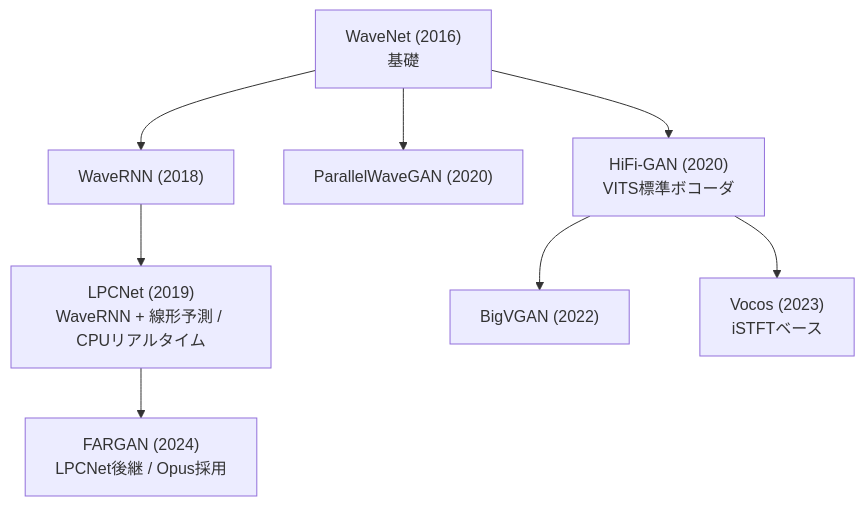
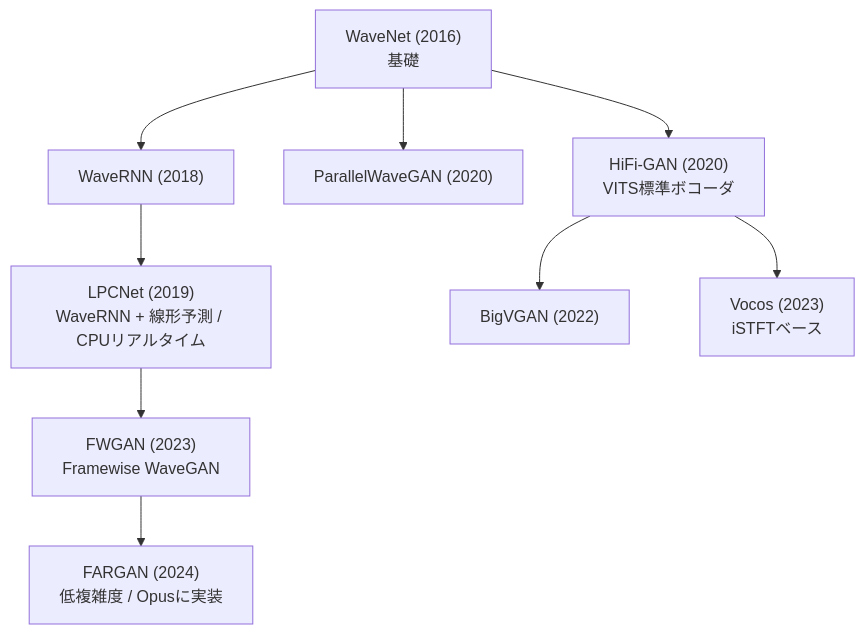
Before and after one commit to nnn112358/zenn_001: the third of 8 diagrams in articles/tts-lineage-map-from-vits.md, drawn with Mermaid. The commit also changed other lines of this file, not shown here.

````diff
--- a/articles/tts-lineage-map-from-vits.md
+++ b/articles/tts-lineage-map-from-vits.md
@@ -123,19 +123,21 @@
 ```mermaid
 graph TD
     WN["WaveNet (2016)<br/>基礎"]
     WR["WaveRNN (2018)"]
     LPC["LPCNet (2019)<br/>WaveRNN + 線形予測 / CPUリアルタイム"]
-    FAR["FARGAN (2024)<br/>LPCNet後継 / Opus採用"]
+    FWG["FWGAN (2023)<br/>Framewise WaveGAN"]
+    FAR["FARGAN (2024)<br/>低複雑度 / Opusに実装"]
     PWG["ParallelWaveGAN (2020)"]
     HIFI["HiFi-GAN (2020)<br/>VITS標準ボコーダ"]
     BIG["BigVGAN (2022)"]
     VOCOS["Vocos (2023)<br/>iSTFTベース"]
 
     WN --> WR
     WR --> LPC
-    LPC --> FAR
+    LPC --> FWG
+    FWG --> FAR
     WN --> PWG
     WN --> HIFI
     HIFI --> BIG
     HIFI --> VOCOS
 ```
````
